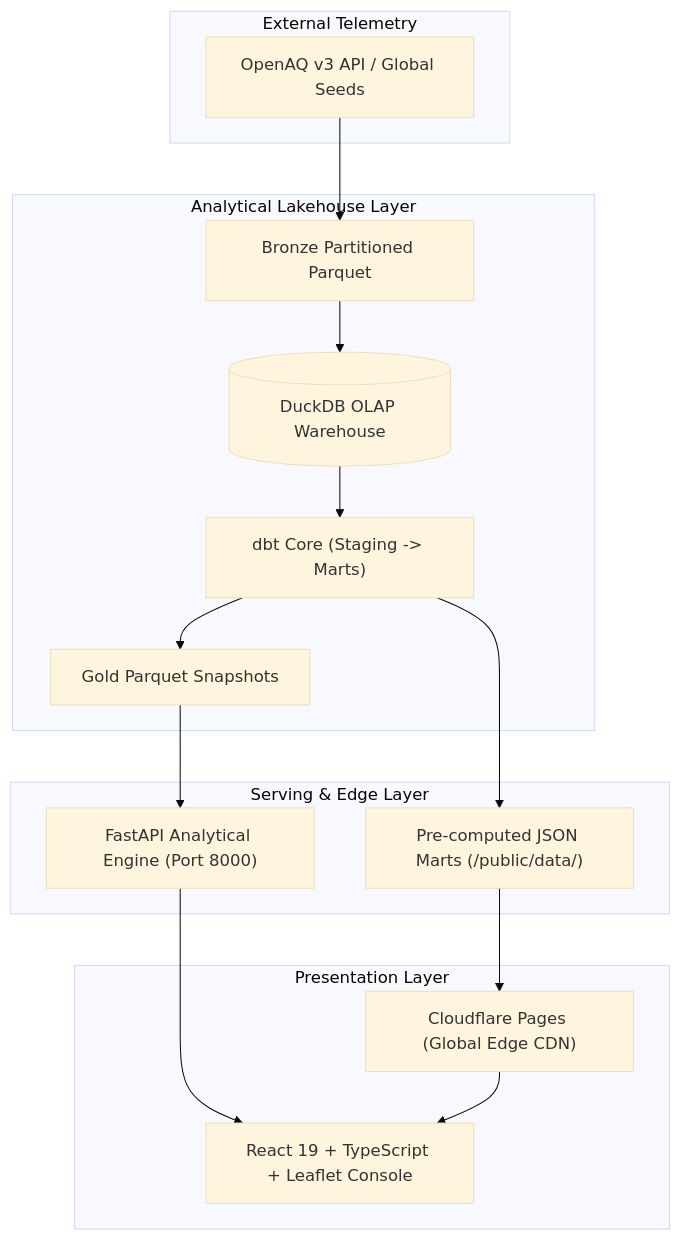
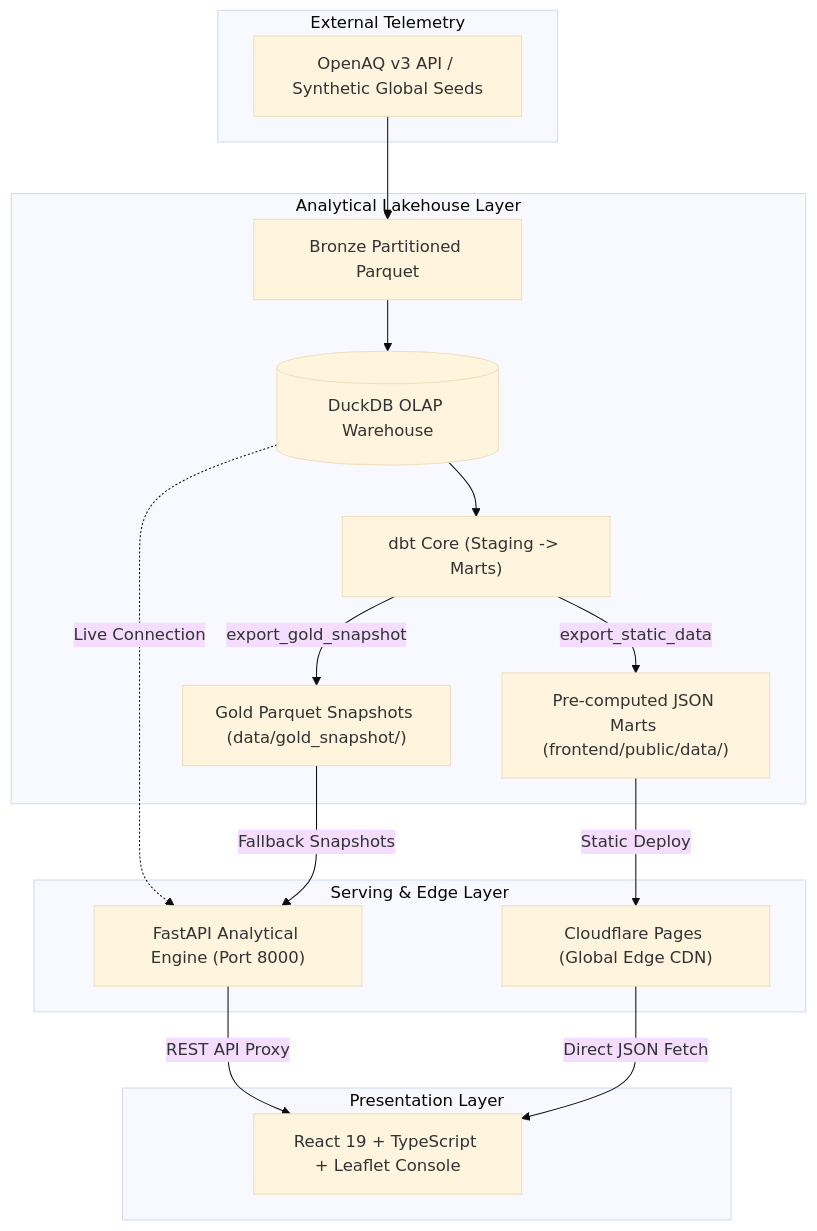
One commit to Rahmman001/airpulse-air-quality-pipeline changed the diagram in README.md. Above: the diagram before and after it, drawn with Mermaid (base theme). The commit also changed other lines of this file and 49 other files, not shown here.

Commit message:
feat: migrate backend serving to Cloudflare Pages & Functions with R2 lakehouse sync and remove legacy Streamlit

````diff
--- a/README.md
+++ b/README.md
@@ -26,28 +26,31 @@
 ```mermaid
 flowchart TD
     subgraph Sources ["External Telemetry"]
-        OpenAQ["OpenAQ v3 API / Global Seeds"]
+        OpenAQ["OpenAQ v3 API / Synthetic Global Seeds"]
     end
 
     subgraph Lakehouse ["Analytical Lakehouse Layer"]
         Bronze["Bronze Partitioned Parquet"]
         DuckDB[("DuckDB OLAP Warehouse")]
         dbt["dbt Core (Staging -> Marts)"]
-        Snapshots["Gold Parquet Snapshots"]
-        OpenAQ --> Bronze --> DuckDB --> dbt --> Snapshots
+        Snapshots["Gold Parquet Snapshots (data/gold_snapshot/)"]
+        StaticData["Pre-computed JSON Marts (frontend/public/data/)"]
+        OpenAQ --> Bronze --> DuckDB --> dbt
+        dbt -->|export_gold_snapshot| Snapshots
+        dbt -->|export_static_data| StaticData
     end
 
     subgraph Serving ["Serving & Edge Layer"]
         FastAPI["FastAPI Analytical Engine (Port 8000)"]
-        StaticData["Pre-computed JSON Marts (/public/data/)"]
-        Snapshots --> FastAPI
-        dbt --> StaticData
+        CF_Pages["Cloudflare Pages (Global Edge CDN)"]
+        DuckDB -.->|Live Connection| FastAPI
+        Snapshots -->|Fallback Snapshots| FastAPI
+        StaticData -->|Static Deploy| CF_Pages
     end
 
     subgraph Presentation ["Presentation Layer"]
-        CF_Pages["Cloudflare Pages (Global Edge CDN)"]
         Browser["React 19 + TypeScript + Leaflet Console"]
-        FastAPI --> Browser
-        StaticData --> CF_Pages --> Browser
+        FastAPI -->|REST API Proxy| Browser
+        CF_Pages -->|Direct JSON Fetch| Browser
     end
 ```
````
